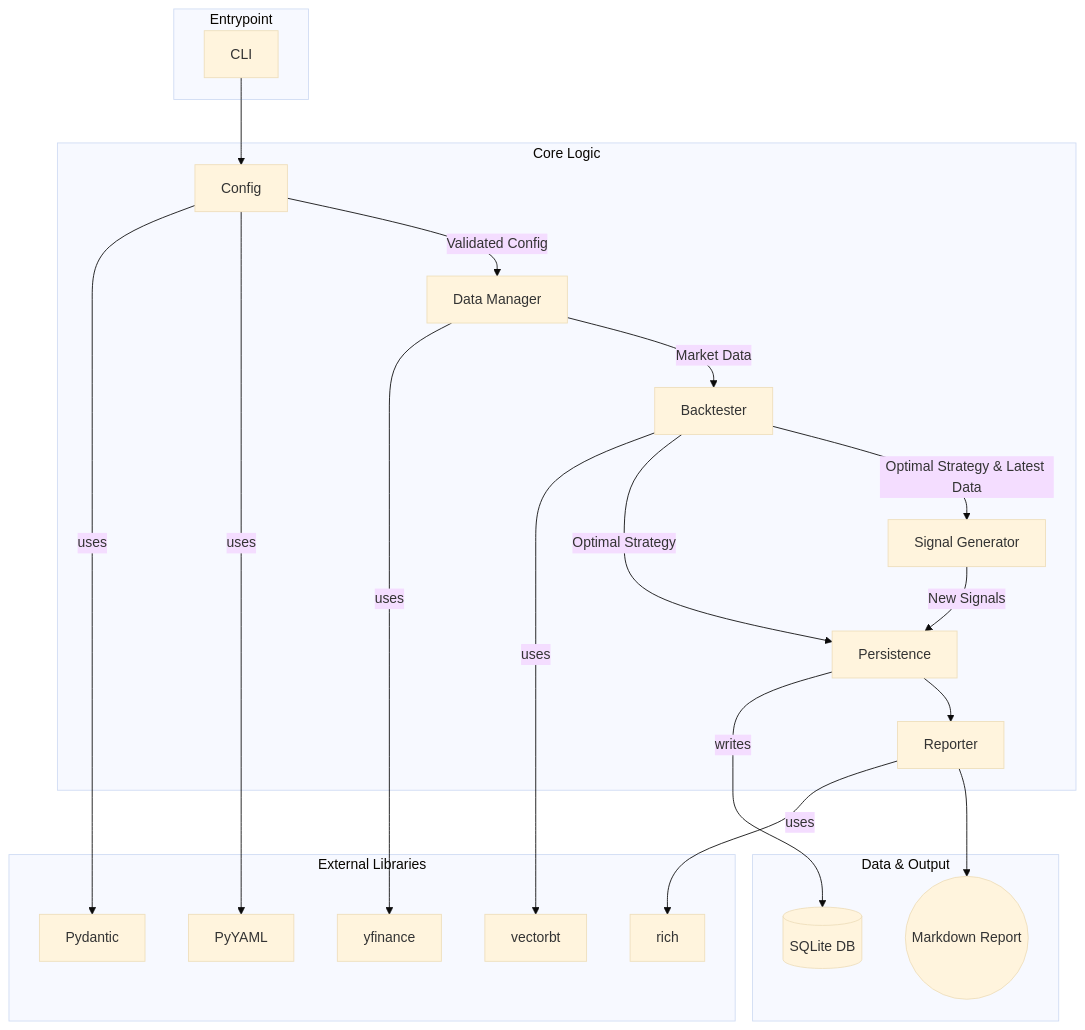
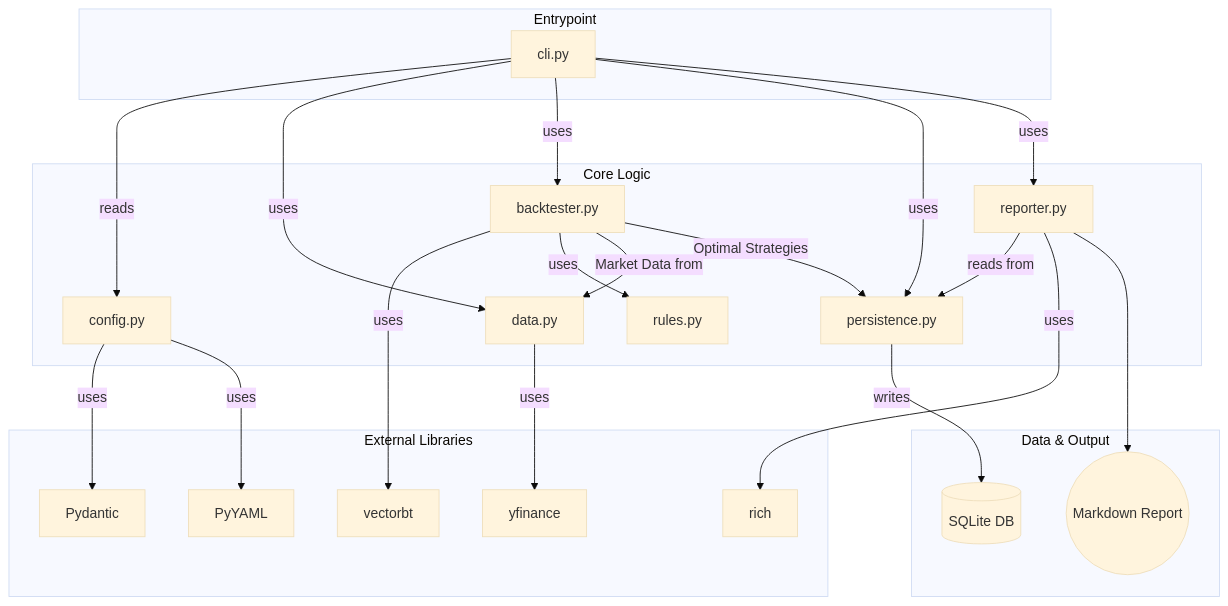
Before and after one commit to vijayanajay/stock_rule_based: the second of 3 diagrams in docs/architecture.md, drawn with Mermaid (base theme). The commit also changed other lines of this file and 16 other files, not shown here.

First line of the commit message:
feat: Refactor backtester to support baseline and layer strategies

````diff
--- a/docs/architecture.md
+++ b/docs/architecture.md
@@ -95,43 +95,49 @@
 ```mermaid
 graph TD
     subgraph "Entrypoint"
-    CLI
+    CLI[cli.py]
     end
 
     subgraph "Core Logic"
-    ConfigModule[Config]
-    DataManager[Data Manager]
-    BacktesterModule[Backtester]
-    SignalGenerator[Signal Generator]
-    PersistenceModule[Persistence]
-    ReporterModule[Reporter]
+    ConfigModule[config.py]
+    DataModule[data.py]
+    BacktesterModule[backtester.py]
+    RulesModule[rules.py]
+    PersistenceModule[persistence.py]
+    ReporterModule[reporter.py]
     end
 
     subgraph "External Libraries"
     Pydantic
     PyYAML
     yfinance
+    rich
     vectorbt
-    rich
     end
 
     subgraph "Data & Output"
     SQLiteDB[(SQLite DB)]
     MarkdownReport((Markdown Report))
     end
 
-    CLI --> ConfigModule
+    CLI --reads--> ConfigModule
     ConfigModule --uses--> Pydantic
     ConfigModule --uses--> PyYAML
-    ConfigModule --Validated Config--> DataManager
-    DataManager --uses--> yfinance
-    DataManager --Market Data--> BacktesterModule
+
+    CLI --uses--> DataModule
+    DataModule --uses--> yfinance
+
+    CLI --uses--> BacktesterModule
     BacktesterModule --uses--> vectorbt
-    BacktesterModule --Optimal Strategy--> PersistenceModule
+    BacktesterModule --uses--> RulesModule
+    BacktesterModule --Market Data from--> DataModule
+
+    CLI --uses--> PersistenceModule
+    BacktesterModule --Optimal Strategies--> PersistenceModule
     PersistenceModule --writes--> SQLiteDB
-    BacktesterModule --Optimal Strategy & Latest Data--> SignalGenerator
-    SignalGenerator --New Signals--> PersistenceModule
-    PersistenceModule --> ReporterModule
+
+    CLI --uses--> ReporterModule
+    ReporterModule --reads from--> PersistenceModule
     ReporterModule --uses--> rich
     ReporterModule --> MarkdownReport
 ```
````
